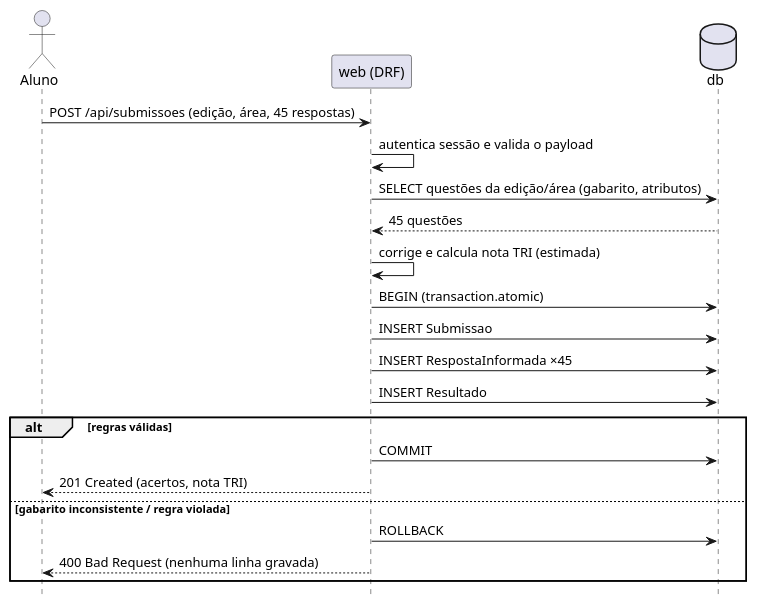
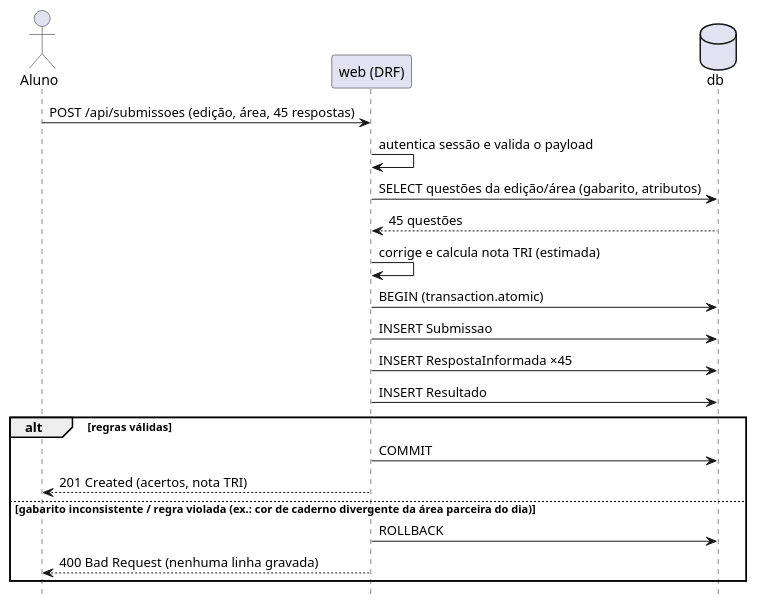
The third of 13 diagrams in docs/Elaboracao/seq_com.md (Projetos-de-Extensao/PC_ADS_26.2_8001_III), drawn with PlantUML before and after one commit. The commit also changed other lines of this file and 8 other files, not shown here.

````diff
--- a/docs/Elaboracao/seq_com.md
+++ b/docs/Elaboracao/seq_com.md
@@ -105,24 +105,24 @@
 ```plantuml
 @startuml
 hide footbox
 actor Aluno
 participant "web (DRF)" as W
 database "db" as D
 Aluno -> W : POST /api/submissoes (edição, área, 45 respostas)
 W -> W : autentica sessão e valida o payload
 W -> D : SELECT questões da edição/área (gabarito, atributos)
 D --> W : 45 questões
 W -> W : corrige e calcula nota TRI (estimada)
 W -> D : BEGIN (transaction.atomic)
 W -> D : INSERT Submissao
 W -> D : INSERT RespostaInformada ×45
 W -> D : INSERT Resultado
 alt regras válidas
   W -> D : COMMIT
   W --> Aluno : 201 Created (acertos, nota TRI)
-else gabarito inconsistente / regra violada
+else gabarito inconsistente / regra violada (ex.: cor de caderno divergente da área parceira do dia)
   W -> D : ROLLBACK
   W --> Aluno : 400 Bad Request (nenhuma linha gravada)
 end
 @enduml
 ```
````
